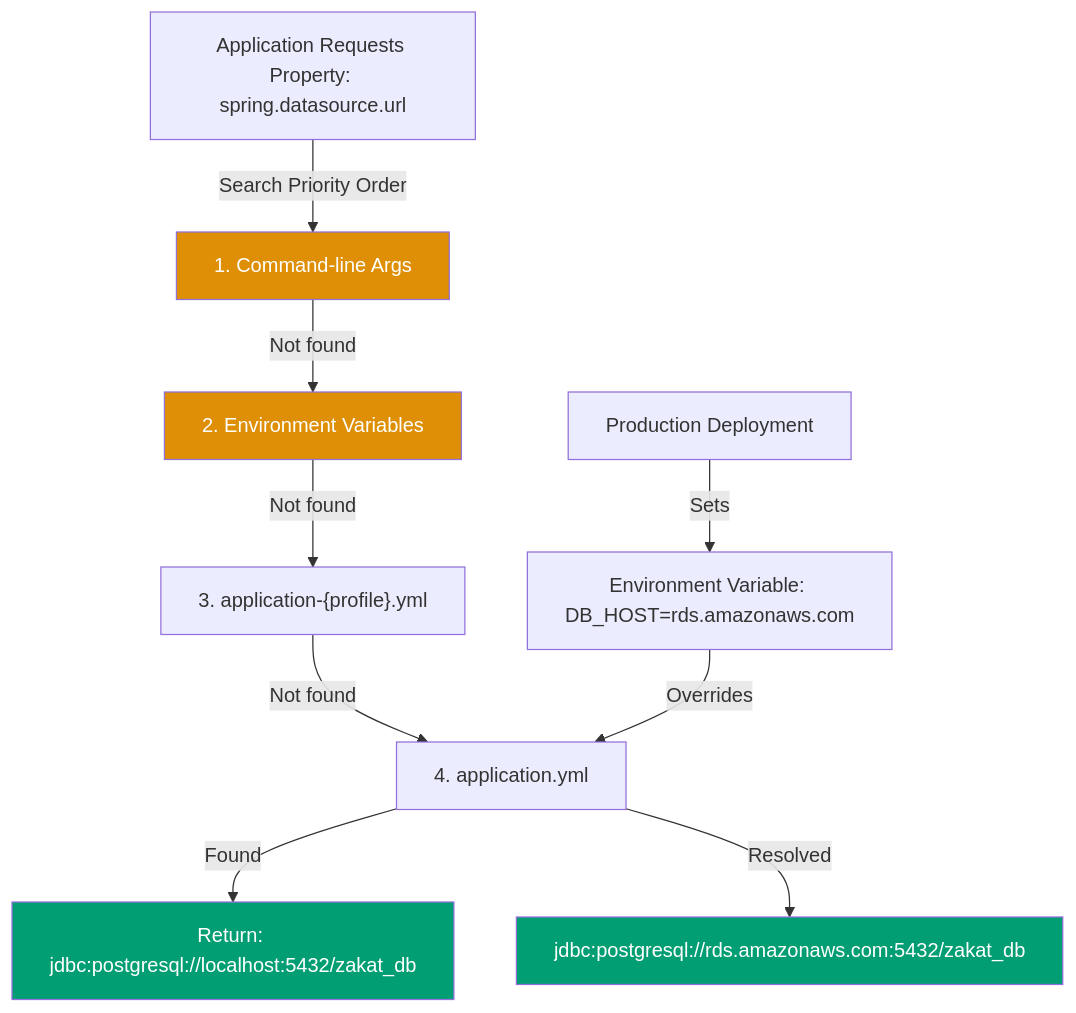
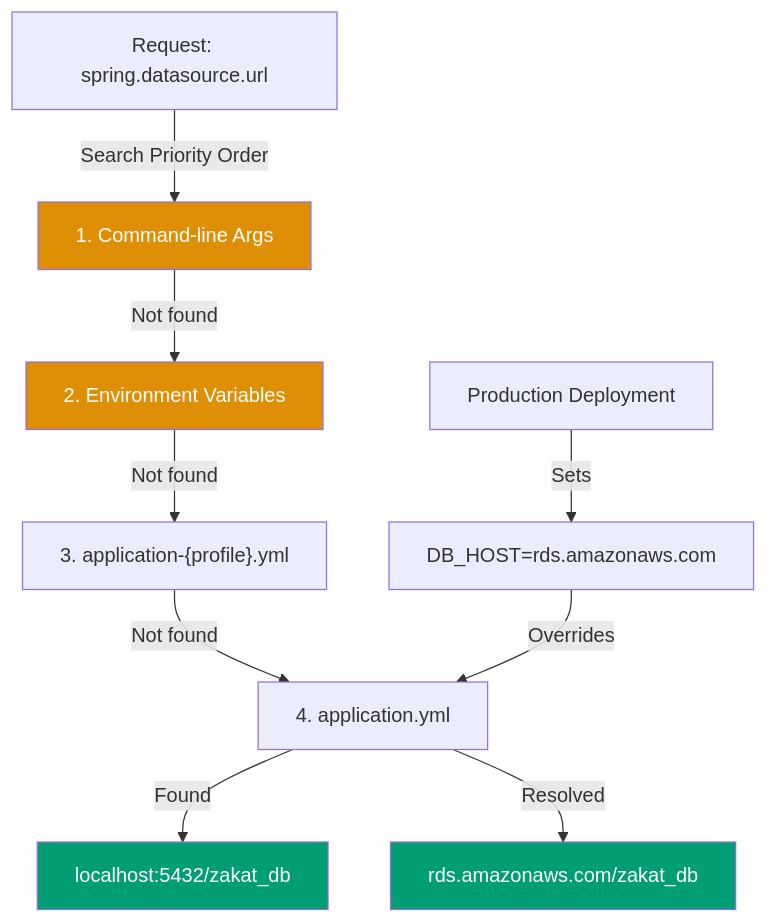
Before and after one commit to wahidyankf/baseerah: the diagram in apps/ayokoding-www/content/en/learn/software-engineering/platforms/web/tools/jvm-spring-boot/in-the-field/application-properties.md, drawn with Mermaid. The commit also changed 88 other files, not shown here.

First line of the commit message:
fix(ayokoding-www): resolve pre-existing Mermaid violations, exclude fixtures/plans-done

````diff
--- a/apps/ayokoding-www/content/en/learn/software-engineering/platforms/web/tools/jvm-spring-boot/in-the-field/application-properties.md
+++ b/apps/ayokoding-www/content/en/learn/software-engineering/platforms/web/tools/jvm-spring-boot/in-the-field/application-properties.md
@@ -127,17 +127,17 @@
 ```mermaid
 graph TD
-    A["Application Requests Property: spring.datasource.url"] -->|"Search Priority Order"| B["1. Command-line Args"]
+    A["Request: spring.datasource.url"] -->|"Search Priority Order"| B["1. Command-line Args"]
     B -->|"Not found"| C["2. Environment Variables"]
     C -->|"Not found"| D["3. application-{profile}.yml"]
     D -->|"Not found"| E["4. application.yml"]
-    E -->|"Found"| F["Return: jdbc:postgresql://localhost:5432/zakat_db"]
+    E -->|"Found"| F["localhost:5432/zakat_db"]
 
-    G["Production Deployment"] -->|"Sets"| H["Environment Variable: DB_HOST=rds.amazonaws.com"]
+    G["Production Deployment"] -->|"Sets"| H["DB_HOST=rds.amazonaws.com"]
     H -->|"Overrides"| E
-    E -->|"Resolved"| I["jdbc:postgresql://rds.amazonaws.com:5432/zakat_db"]
+    E -->|"Resolved"| I["rds.amazonaws.com/zakat_db"]
 
     style B fill:#DE8F05,color:#fff
     style C fill:#DE8F05,color:#fff
     style F fill:#029E73,color:#fff
     style I fill:#029E73,color:#fff
 ```
````
